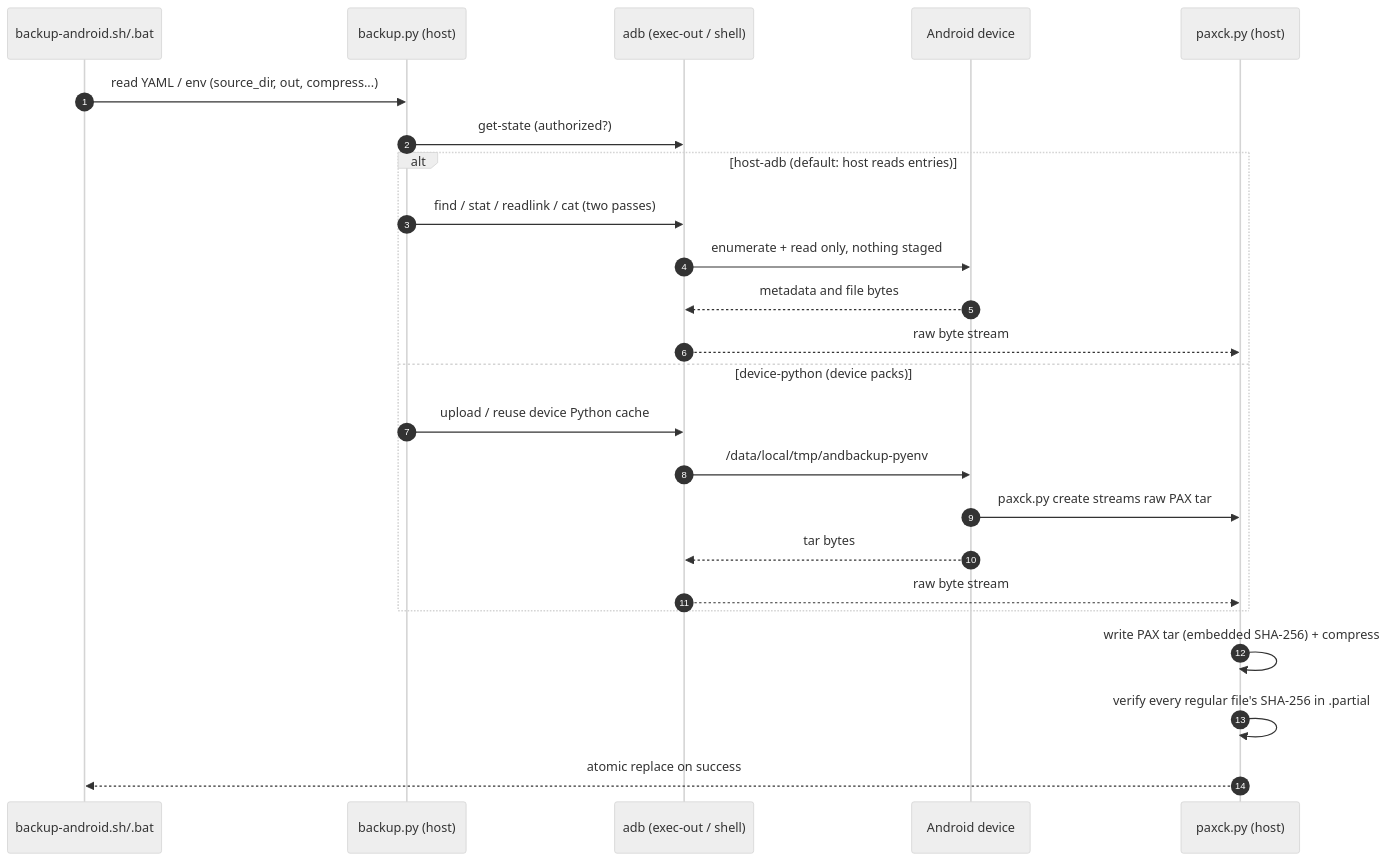
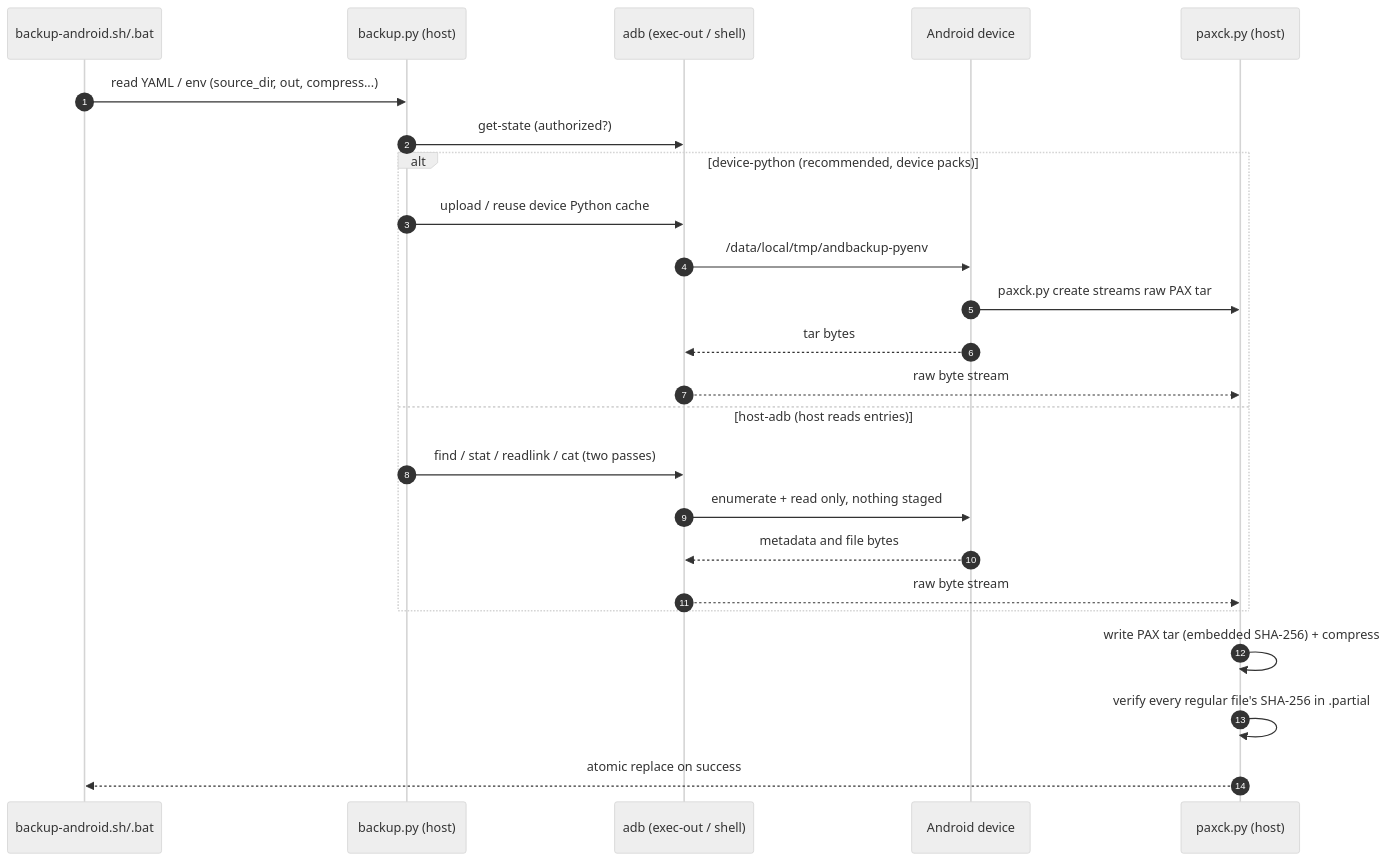
Before and after one commit to What410802/AndBackup: the diagram in README.en.md, drawn with Mermaid (neutral theme). The commit also changed other lines of this file and 4 other files, not shown here.

Commit message:
docs: default example to device-python+auto-download and document CLI stream contract

````diff
--- a/README.en.md
+++ b/README.en.md
@@ -32,26 +33,26 @@
 ```mermaid
 sequenceDiagram
     autonumber
     participant W as backup-android.sh/.bat
     participant B as backup.py (host)
     participant A as adb (exec-out / shell)
     participant D as Android device
     participant P as paxck.py (host)
     W->>B: read YAML / env (source_dir, out, compress...)
     B->>A: get-state (authorized?)
-    alt host-adb (default: host reads entries)
-        B->>A: find / stat / readlink / cat (two passes)
-        A->>D: enumerate + read only, nothing staged
-        D-->>A: metadata and file bytes
-        A-->>P: raw byte stream
-    else device-python (device packs)
+    alt device-python (recommended, device packs)
         B->>A: upload / reuse device Python cache
         A->>D: /data/local/tmp/andbackup-pyenv
         D->>P: paxck.py create streams raw PAX tar
         D-->>A: tar bytes
+        A-->>P: raw byte stream
+    else host-adb (host reads entries)
+        B->>A: find / stat / readlink / cat (two passes)
+        A->>D: enumerate + read only, nothing staged
+        D-->>A: metadata and file bytes
         A-->>P: raw byte stream
     end
     P->>P: write PAX tar (embedded SHA-256) + compress
     P->>P: verify every regular file's SHA-256 in .partial
     P-->>W: atomic replace on success
 ```
````
